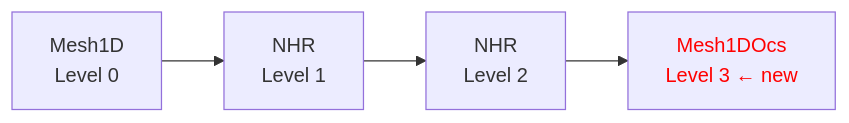
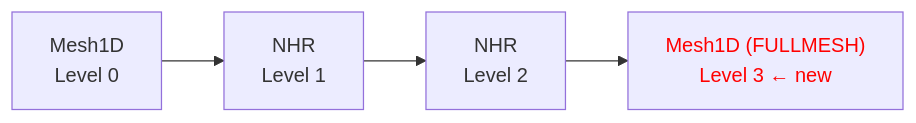
The first of 10 diagrams in docs/en/rfcs/0003-executor-template-refactor.md (Fengfengst123/hccl-mirror), drawn with Mermaid before and after one commit. The commit also changed other lines of this file and 25 other files, not shown here.

````diff
--- a/docs/en/rfcs/0003-executor-template-refactor.md
+++ b/docs/en/rfcs/0003-executor-template-refactor.md
@@ -51,4 +51,4 @@
 ```mermaid
 flowchart LR
-    L0["Mesh1D<br/>Level 0"] --> L1["NHR<br/>Level 1"] --> L2["NHR<br/>Level 2"] --> L3["<span style='color:red'>Mesh1DOcs<br/>Level 3 ← new</span>"]
+    L0["Mesh1D<br/>Level 0"] --> L1["NHR<br/>Level 1"] --> L2["NHR<br/>Level 2"] --> L3["<span style='color:red'>Mesh1D (FULLMESH)<br/>Level 3 ← new</span>"]
 ```
````
